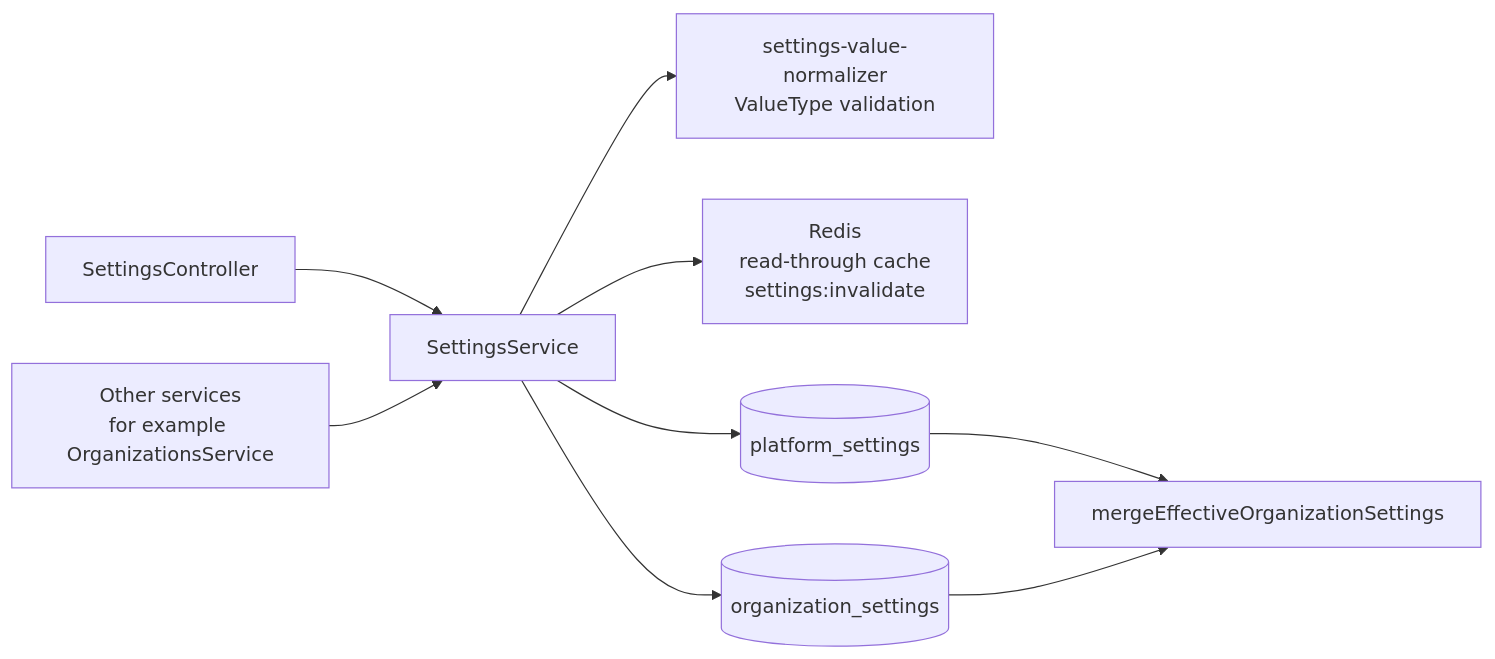
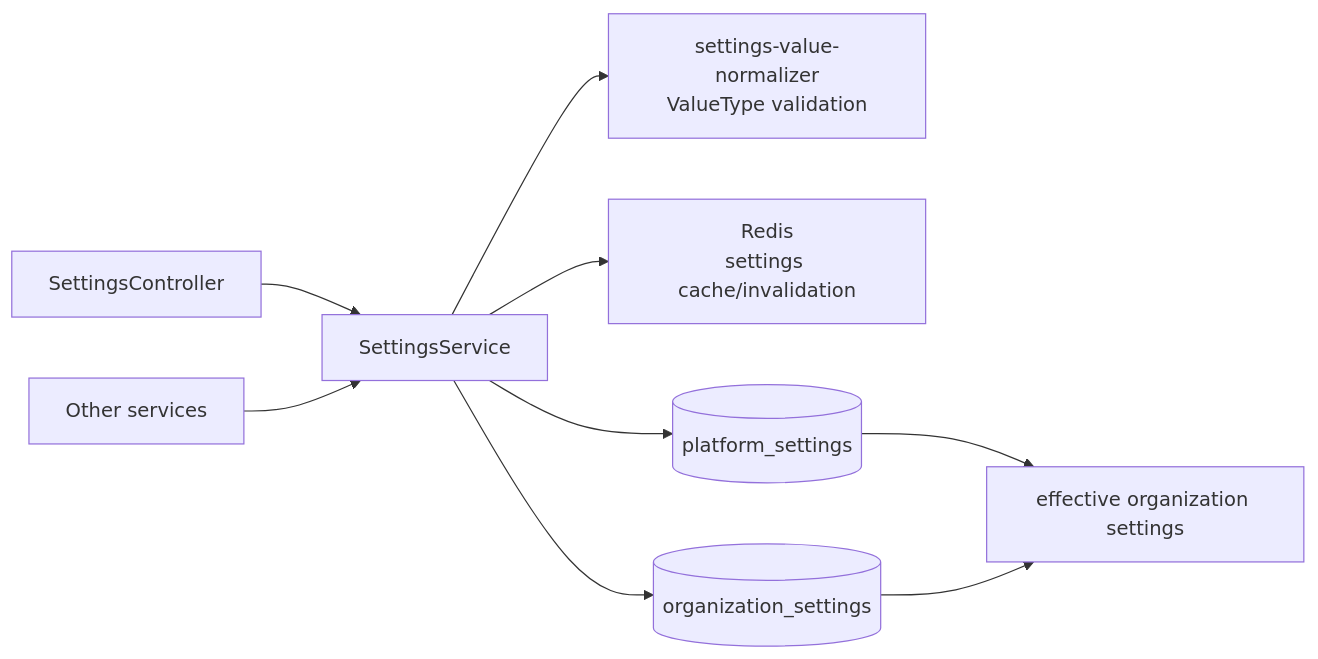
One commit to AyalaKaguya/hermes-swarm changed the fifth of 6 diagrams in docs/current-module-reference-graph.md. Above: the diagram before and after it, drawn with Mermaid. The commit also changed other lines of this file and 13 other files, not shown here.

````diff
--- a/docs/current-module-reference-graph.md
+++ b/docs/current-module-reference-graph.md
@@ -199,11 +220,11 @@
 ```mermaid
 flowchart LR
   Controller["SettingsController"] --> Service["SettingsService"]
-  OtherServices["Other services<br/>for example OrganizationsService"] --> Service
+  OtherServices["Other services"] --> Service
   Service --> Normalizer["settings-value-normalizer<br/>ValueType validation"]
-  Service --> Redis["Redis<br/>read-through cache<br/>settings:invalidate"]
+  Service --> Redis["Redis<br/>settings cache/invalidation"]
   Service --> PlatformSettings[("platform_settings")]
   Service --> OrgSettings[("organization_settings")]
-  PlatformSettings --> Effective["mergeEffectiveOrganizationSettings"]
+  PlatformSettings --> Effective["effective organization settings"]
   OrgSettings --> Effective
 ```
````
